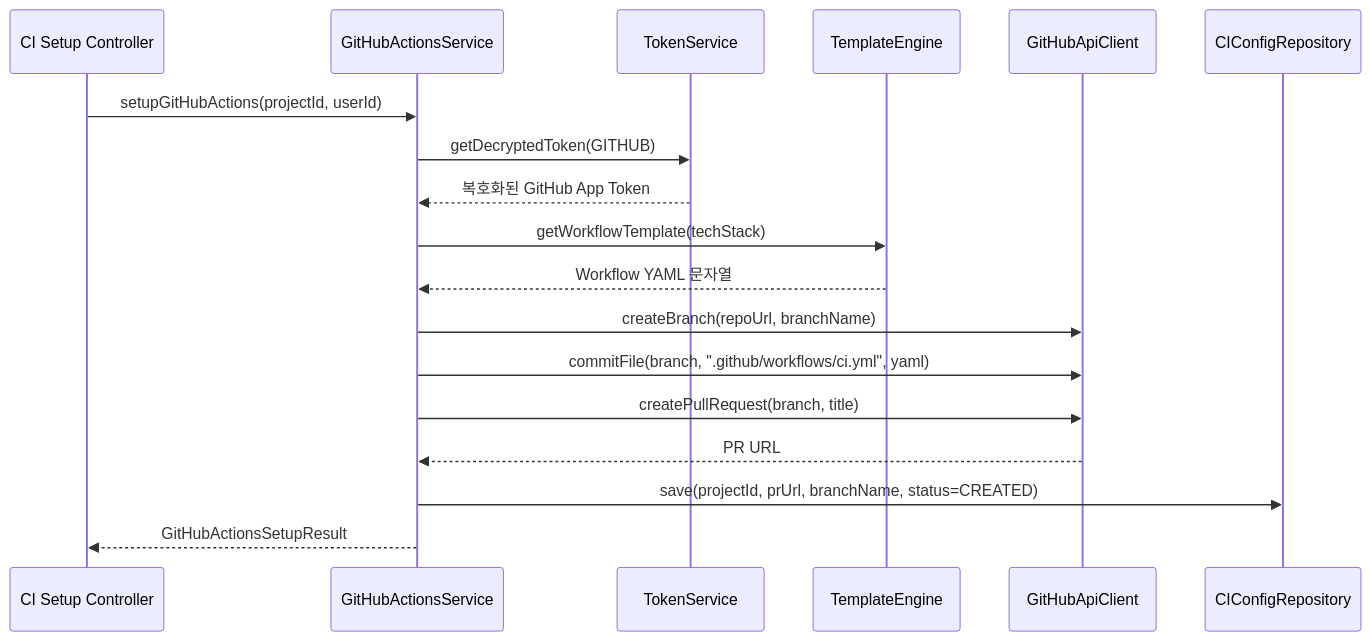
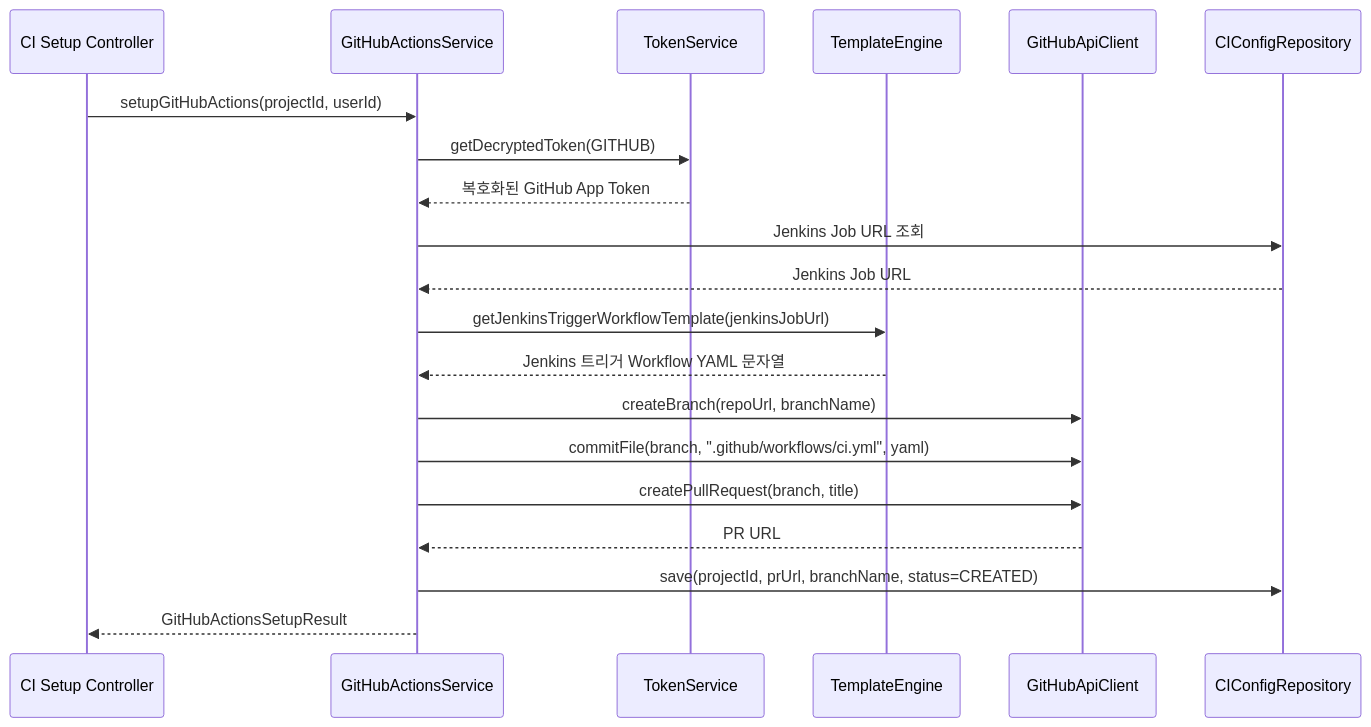
One commit to kost0806/ci-hub changed the fourth of 8 diagrams in docs/hld/components.md. Above: the diagram before and after it, drawn with Mermaid. The commit also changed other lines of this file and 3 other files, not shown here.

````diff
--- a/docs/hld/components.md
+++ b/docs/hld/components.md
@@ -244,21 +286,23 @@
 ```mermaid
 sequenceDiagram
     participant Ctrl as CI Setup Controller
     participant Svc as GitHubActionsService
     participant Token as TokenService
     participant Tmpl as TemplateEngine
     participant GH as GitHubApiClient
     participant DB as CIConfigRepository
 
     Ctrl->>Svc: setupGitHubActions(projectId, userId)
     Svc->>Token: getDecryptedToken(GITHUB)
     Token-->>Svc: 복호화된 GitHub App Token
-    Svc->>Tmpl: getWorkflowTemplate(techStack)
-    Tmpl-->>Svc: Workflow YAML 문자열
+    Svc->>DB: Jenkins Job URL 조회
+    DB-->>Svc: Jenkins Job URL
+    Svc->>Tmpl: getJenkinsTriggerWorkflowTemplate(jenkinsJobUrl)
+    Tmpl-->>Svc: Jenkins 트리거 Workflow YAML 문자열
     Svc->>GH: createBranch(repoUrl, branchName)
     Svc->>GH: commitFile(branch, ".github/workflows/ci.yml", yaml)
     Svc->>GH: createPullRequest(branch, title)
     GH-->>Svc: PR URL
     Svc->>DB: save(projectId, prUrl, branchName, status=CREATED)
     Svc-->>Ctrl: GitHubActionsSetupResult
 ```
````
